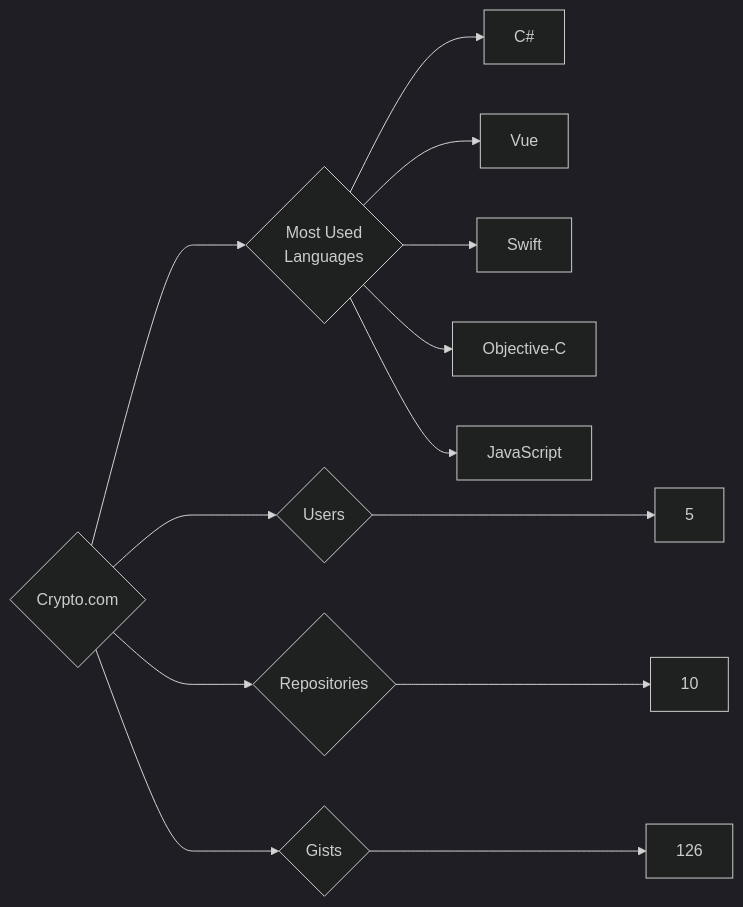
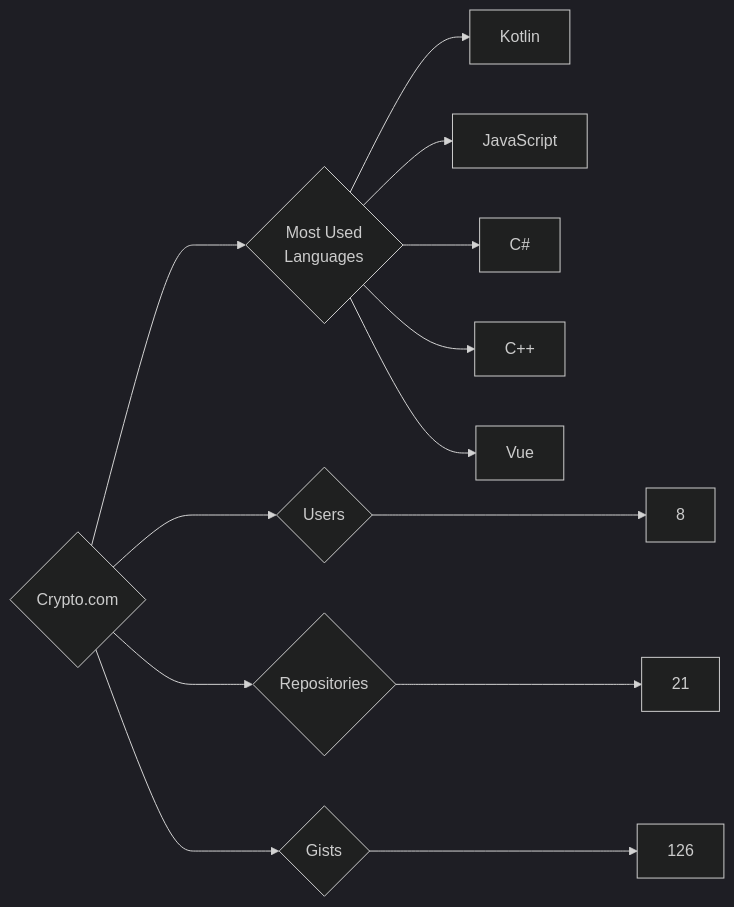
One commit to trickest/insiders changed the diagram in targets/Crypto.com/README.md. Above: the diagram before and after it, drawn with Mermaid (dark theme). The commit also changed 1078 other files, not shown here.

````diff
--- a/targets/Crypto.com/README.md
+++ b/targets/Crypto.com/README.md
@@ -3,13 +3,13 @@
 ```mermaid
 graph LR
 COMPANY_NAME{Crypto.com}
-COMPANY_NAME ---> U{Users} ---> UN[5]
-COMPANY_NAME ---> R{Repositories} ---> RN[10]
+COMPANY_NAME ---> U{Users} ---> UN[8]
+COMPANY_NAME ---> R{Repositories} ---> RN[21]
 COMPANY_NAME ---> G{Gists} ---> GN[126]
 COMPANY_NAME ---> ML{Most Used<br>Languages}
+ML --> Kotlin[Kotlin]
+ML --> JavaScript[JavaScript]
 ML --> C#[C#]
+ML --> C++[C++]
 ML --> Vue[Vue]
-ML --> Swift[Swift]
-ML --> Objective-C[Objective-C]
-ML --> JavaScript[JavaScript]
 ```
````
